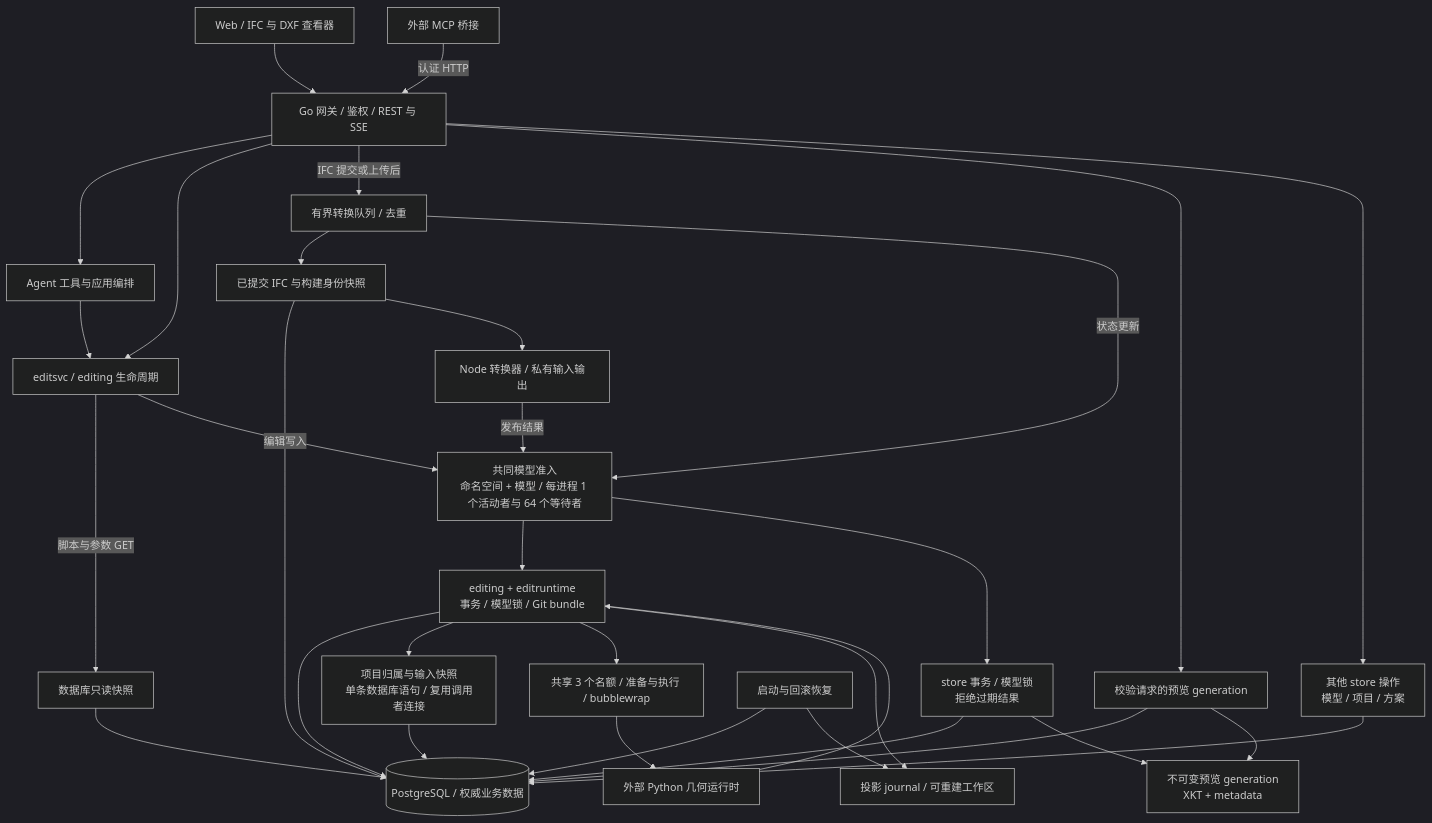
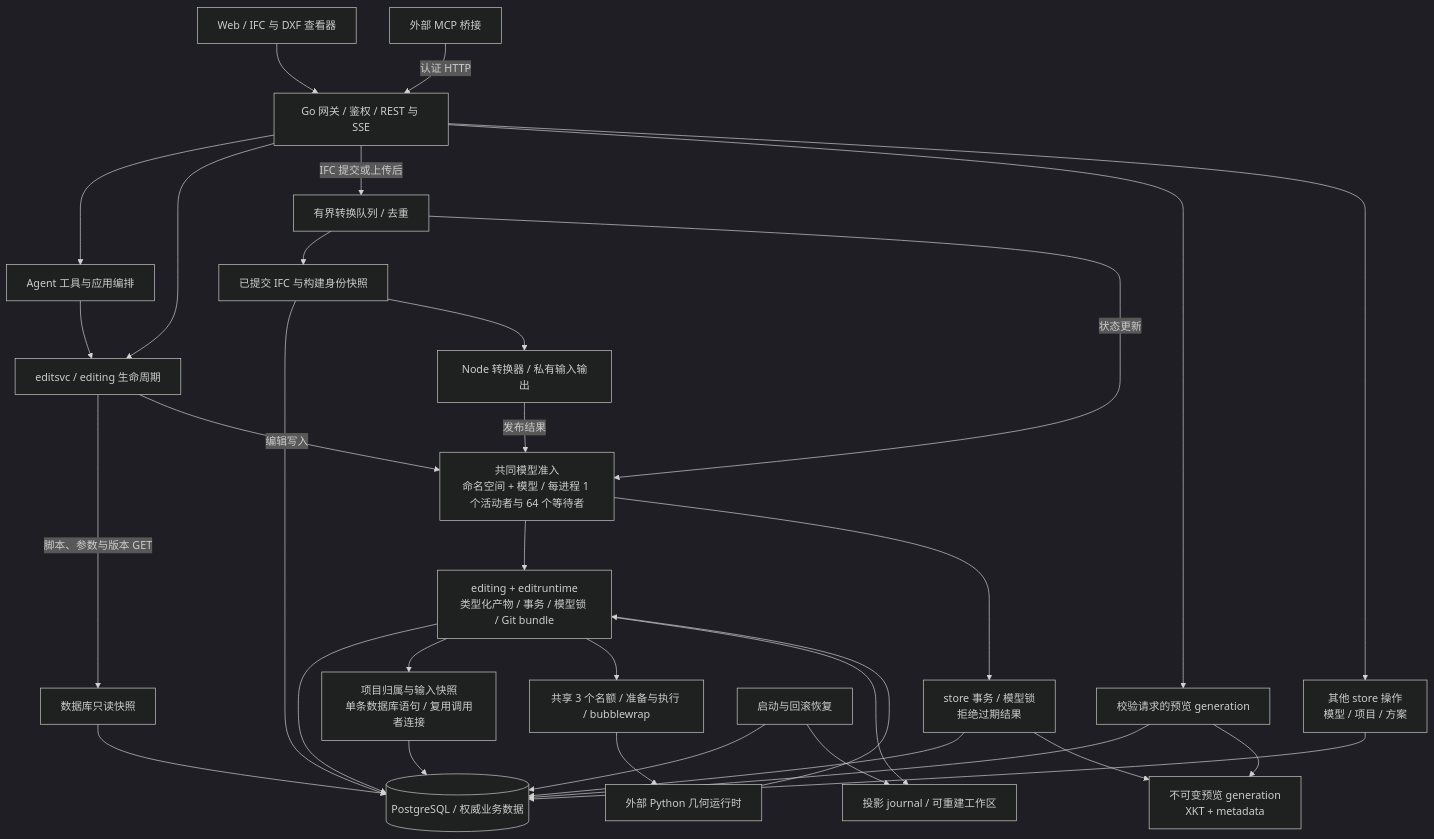
Before and after one commit to 0702hjj/SourceAEC: the first of 2 diagrams in README.zh-CN.md, drawn with Mermaid (dark theme). The commit also changed other lines of this file and 20 other files, not shown here.

````diff
--- a/README.zh-CN.md
+++ b/README.zh-CN.md
@@ -16,35 +16,35 @@
 ```mermaid
 flowchart TB
     WEB[Web / IFC 与 DXF 查看器] --> API[Go 网关 / 鉴权 / REST 与 SSE]
     MCP[外部 MCP 桥接] -->|认证 HTTP| API
     API --> AGENT[Agent 工具与应用编排]
     API --> EDIT[editsvc / editing 生命周期]
     AGENT --> EDIT
-    EDIT -->|脚本与参数 GET| READ[数据库只读快照]
+    EDIT -->|脚本、参数与版本 GET| READ[数据库只读快照]
     READ --> PG[(PostgreSQL / 权威业务数据)]
     EDIT -->|编辑写入| GATE[共同模型准入<br/>命名空间 + 模型 / 每进程 1 个活动者与 64 个等待者]
-    GATE --> WRITE[editing + editruntime<br/>事务 / 模型锁 / Git bundle]
+    GATE --> WRITE[editing + editruntime<br/>类型化产物 / 事务 / 模型锁 / Git bundle]
     WRITE --> PG
     WRITE --> INPUT[项目归属与输入快照<br/>单条数据库语句 / 复用调用者连接]
     INPUT --> PG
     WRITE --> SANDBOX[共享 3 个名额 / 准备与执行 / bubblewrap]
     SANDBOX --> PY[外部 Python 几何运行时]
     PY --> WRITE
     WRITE --> JOURNAL[投影 journal / 可重建工作区]
     API -->|IFC 提交或上传后| QUEUE[有界转换队列 / 去重]
     QUEUE --> SOURCE[已提交 IFC 与构建身份快照]
     SOURCE --> PG
     SOURCE --> NODE[Node 转换器 / 私有输入输出]
     NODE -->|发布结果| GATE
     QUEUE -->|状态更新| GATE
     GATE --> DERIVED[store 事务 / 模型锁<br/>拒绝过期结果]
     DERIVED --> PG
     DERIVED --> CACHE[不可变预览 generation<br/>XKT + metadata]
     API --> VIEW[校验请求的预览 generation]
     VIEW --> PG
     VIEW --> CACHE
     RECOVER[启动与回滚恢复] --> PG
     RECOVER --> JOURNAL
     API --> OTHER[其他 store 操作<br/>模型 / 项目 / 方案]
     OTHER --> PG
 ```
````
